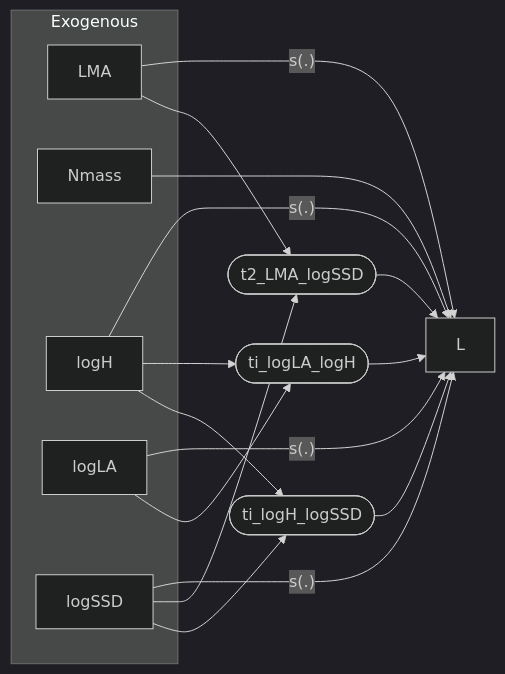
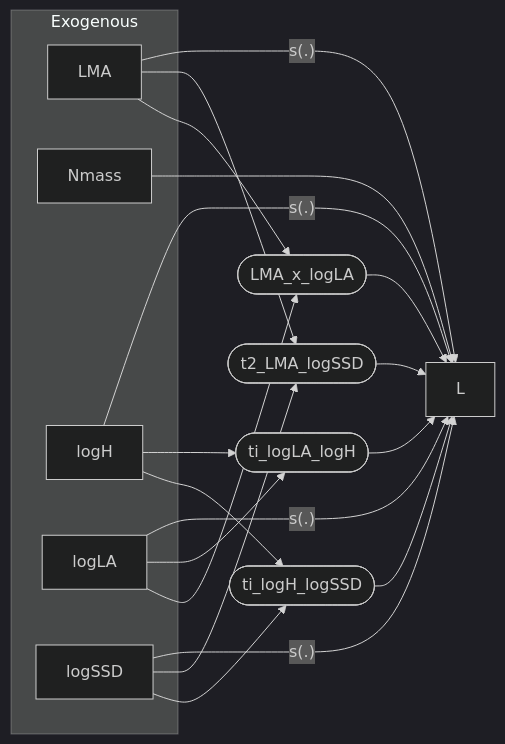
One commit to jaredquekjz/plantguide changed the second of 7 diagrams in README.md. Above: the diagram before and after it, drawn with Mermaid (dark theme).

Commit message:
docs: mirror LMA:logLA in L-specific Mermaid diagram

````diff
--- a/README.md
+++ b/README.md
@@ -91,36 +91,42 @@
 ```mermaid
 flowchart LR
   subgraph Exogenous
     LMA[LMA]
     Nmass[Nmass]
     H[logH]
     LA[logLA]
     SSD[logSSD]
   end
   L[L]
 
   %% Nonlinear main effects
   LMA -- "s(.)" --> L
   SSD -- "s(.)" --> L
   H   -- "s(.)" --> L
   LA  -- "s(.)" --> L
 
   %% Linear term
   Nmass --> L
 
   %% Pairwise surfaces (bivariate smooths)
   LMA_SSD([t2_LMA_logSSD])
   LMA --> LMA_SSD
   SSD --> LMA_SSD
   LMA_SSD --> L
 
   LA_H([ti_logLA_logH])
   LA --> LA_H
   H  --> LA_H
   LA_H --> L
 
   H_SSD([ti_logH_logSSD])
   H   --> H_SSD
   SSD --> H_SSD
   H_SSD --> L
+
+  %% Linear interaction
+  LMAxLA([LMA_x_logLA])
+  LMA --> LMAxLA
+  LA  --> LMAxLA
+  LMAxLA --> L
 ```
````
